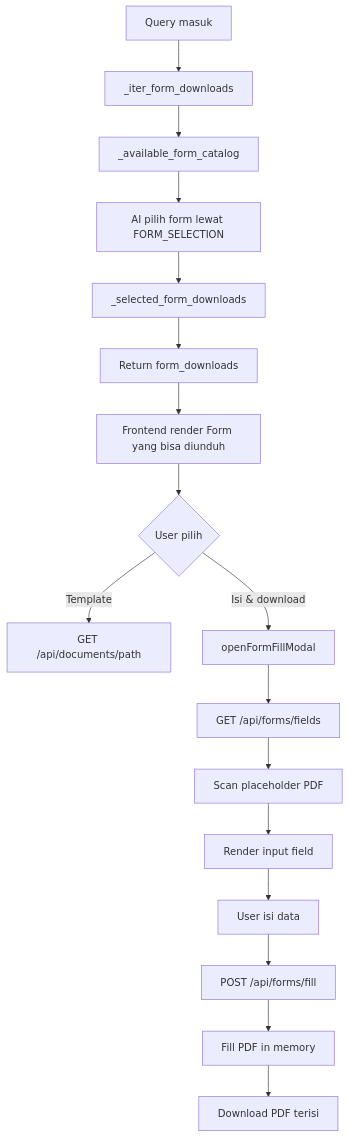
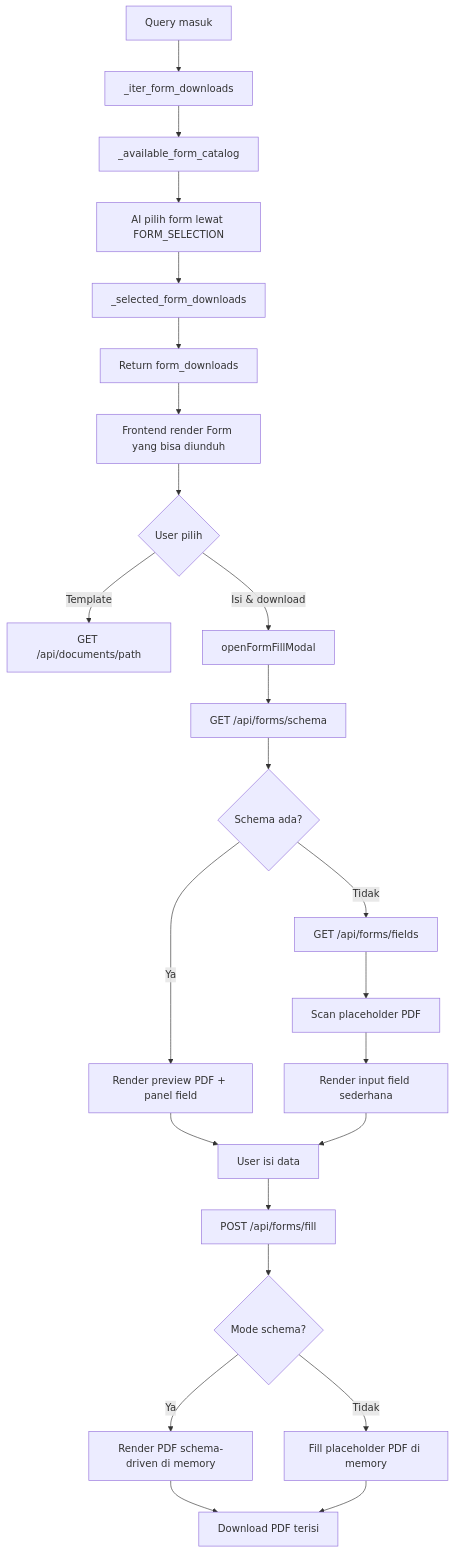
The sixth of 6 diagrams in Capstone/docs/SYSTEM_FLOWS.md (Akram17t/Internship), drawn with Mermaid before and after one commit. The commit also changed other lines of this file and 7 other files, not shown here.

Commit message:
feat: delete flowchart.json if no longer needed

````diff
--- a/Capstone/docs/SYSTEM_FLOWS.md
+++ b/Capstone/docs/SYSTEM_FLOWS.md
@@ -283,19 +283,26 @@
 ```mermaid
 flowchart TD
   A[Query masuk] --> B[_iter_form_downloads]
   B --> C[_available_form_catalog]
   C --> D[AI pilih form lewat FORM_SELECTION]
   D --> E[_selected_form_downloads]
   E --> F[Return form_downloads]
   F --> G[Frontend render Form yang bisa diunduh]
   G --> H{User pilih}
   H -->|Template| I[GET /api/documents/path]
   H -->|Isi & download| J[openFormFillModal]
-  J --> K[GET /api/forms/fields]
-  K --> L[Scan placeholder PDF]
-  L --> M[Render input field]
-  M --> N[User isi data]
-  N --> O[POST /api/forms/fill]
-  O --> P[Fill PDF in memory]
-  P --> Q[Download PDF terisi]
+  J --> K[GET /api/forms/schema]
+  K --> L{Schema ada?}
+  L -->|Ya| M[Render preview PDF + panel field]
+  L -->|Tidak| N[GET /api/forms/fields]
+  N --> O[Scan placeholder PDF]
+  O --> P[Render input field sederhana]
+  M --> Q[User isi data]
+  P --> Q
+  Q --> R[POST /api/forms/fill]
+  R --> S{Mode schema?}
+  S -->|Ya| T[Render PDF schema-driven di memory]
+  S -->|Tidak| U[Fill placeholder PDF di memory]
+  T --> V[Download PDF terisi]
+  U --> V
 ```
````
